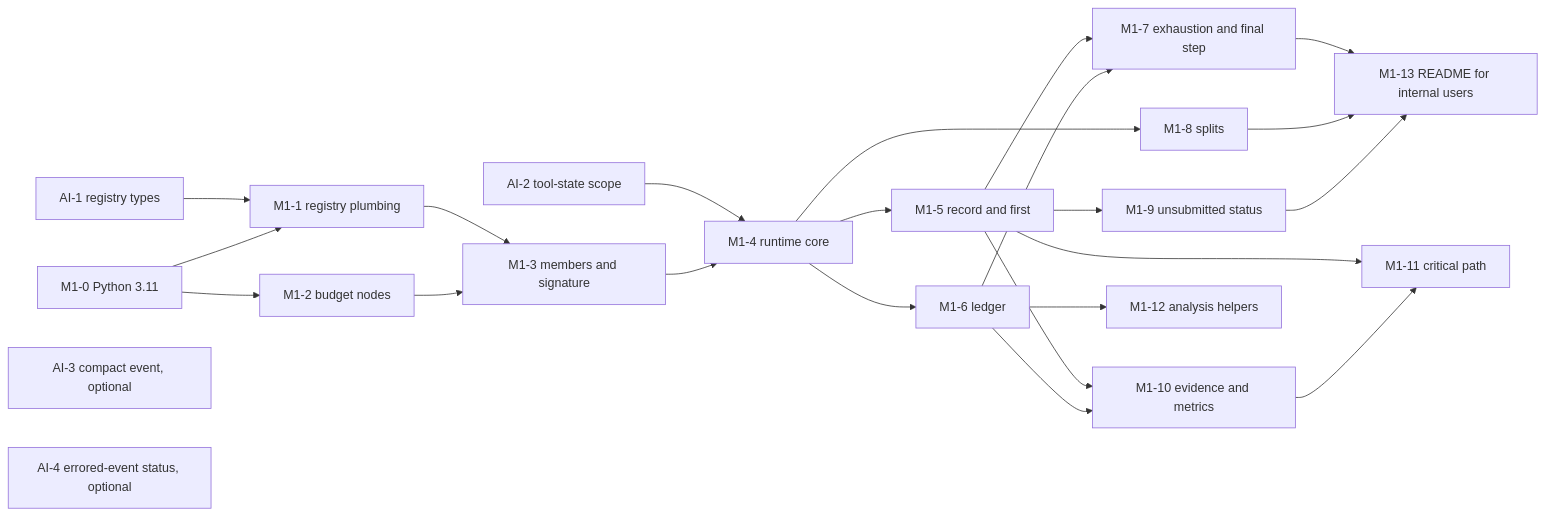
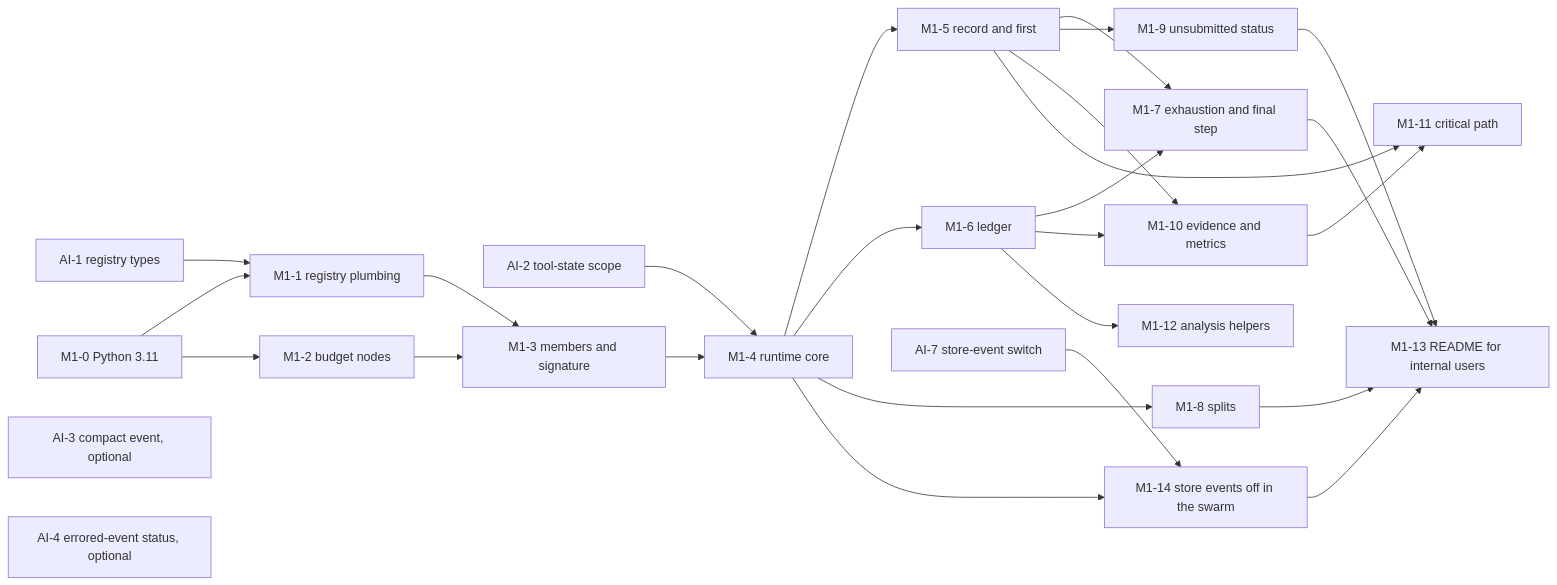
Before and after one commit to joesposito8/inspect_swarm: the first of 2 diagrams in design/swarm-implementation-plan.md, drawn with Mermaid. The commit also changed other lines of this file and 6 other files, not shown here.

````diff
--- a/design/swarm-implementation-plan.md
+++ b/design/swarm-implementation-plan.md
@@ -116,26 +117,29 @@
 ```mermaid
 flowchart LR
   AI1[AI-1 registry types] --> M1_1
   AI2[AI-2 tool-state scope] --> M1_4
   M1_0[M1-0 Python 3.11] --> M1_1[M1-1 registry plumbing]
   M1_0 --> M1_2[M1-2 budget nodes]
   M1_1 --> M1_3[M1-3 members and signature]
   M1_2 --> M1_3
   M1_3 --> M1_4[M1-4 runtime core]
   M1_4 --> M1_5[M1-5 record and first]
   M1_4 --> M1_6[M1-6 ledger]
   M1_4 --> M1_8[M1-8 splits]
   M1_5 --> M1_7[M1-7 exhaustion and final step]
   M1_6 --> M1_7
   M1_5 --> M1_9[M1-9 unsubmitted status]
   M1_5 --> M1_10[M1-10 evidence and metrics]
   M1_6 --> M1_10
   M1_6 --> M1_12[M1-12 analysis helpers]
   M1_5 --> M1_11[M1-11 critical path]
   M1_10 --> M1_11
   M1_7 --> M1_13[M1-13 README for internal users]
   M1_8 --> M1_13
   M1_9 --> M1_13
   AI3[AI-3 compact event, optional]
   AI4[AI-4 errored-event status, optional]
+  AI7[AI-7 store-event switch] --> M1_14[M1-14 store events off in the swarm]
+  M1_4 --> M1_14
+  M1_14 --> M1_13
 ```
````
